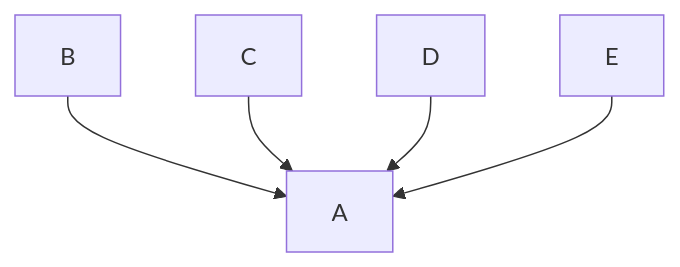
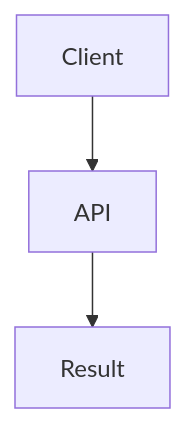
One commit to amal-007-amal/sca-dev changed the diagram in README.md. Above: the diagram before and after it, drawn with Mermaid.

````diff
--- a/README.md
+++ b/README.md
@@ -10,7 +10,4 @@
 ```mermaid
 graph TD;
-    B-->A;
-    C-->A;
-    D-->A;
-    E-->A;
+    Client-->API-->Result;
 ```
````
